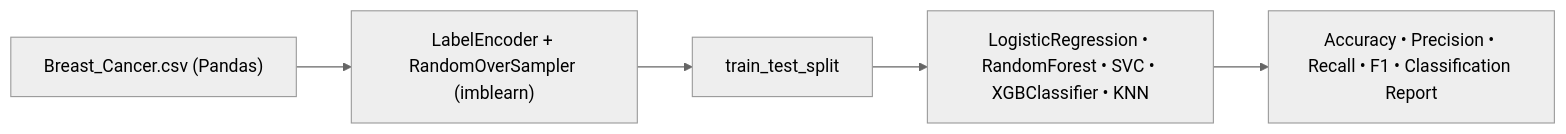
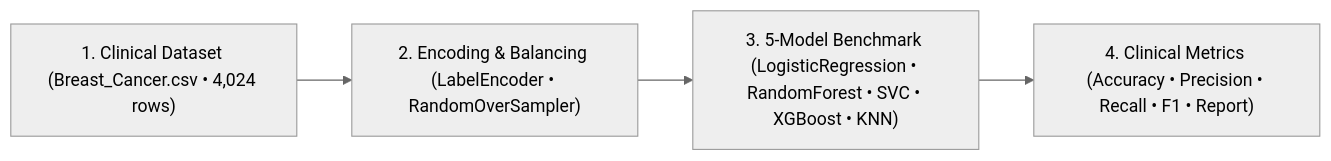
The diagram in README.md (islamsamyy/Breast-Cancer-prediction), drawn with Mermaid (neutral theme) before and after one commit. The commit also changed other lines of this file and 1 other file, not shown here.

Commit message:
docs: add ultra-detailed architecture, schemas, visual showcase, APIs, and business ROI

````diff
--- a/README.md
+++ b/README.md
@@ -11,7 +27,6 @@
 ```mermaid
 flowchart LR
-    Data["Breast_Cancer.csv (Pandas)"] --> Enc["LabelEncoder + RandomOverSampler (imblearn)"]
-    Enc --> Split["train_test_split"]
-    Split --> Bench["LogisticRegression • RandomForest • SVC • XGBClassifier • KNN"]
-    Bench --> Eval["Accuracy • Precision • Recall • F1 • Classification Report"]
+    L1["1. Clinical Dataset (Breast_Cancer.csv • 4,024 rows)"] --> L2["2. Encoding & Balancing (LabelEncoder • RandomOverSampler)"]
+    L2 --> L3["3. 5-Model Benchmark (LogisticRegression • RandomForest • SVC • XGBoost • KNN)"]
+    L3 --> L4["4. Clinical Metrics (Accuracy • Precision • Recall • F1 • Report)"]
 ```
````
